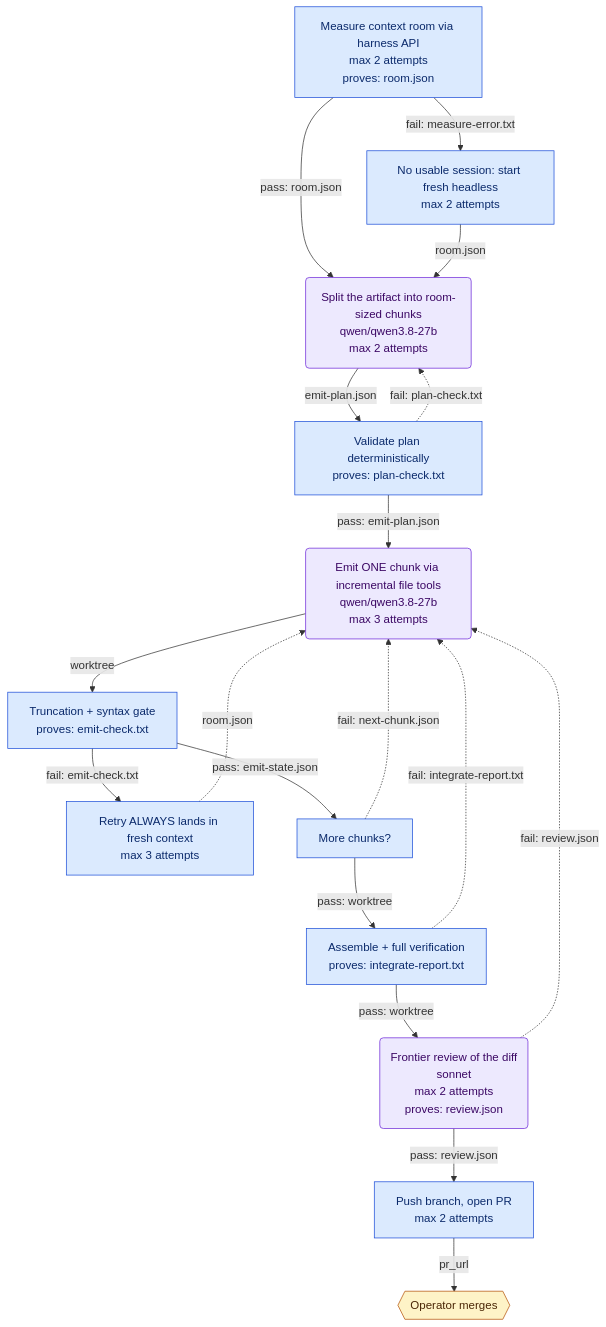
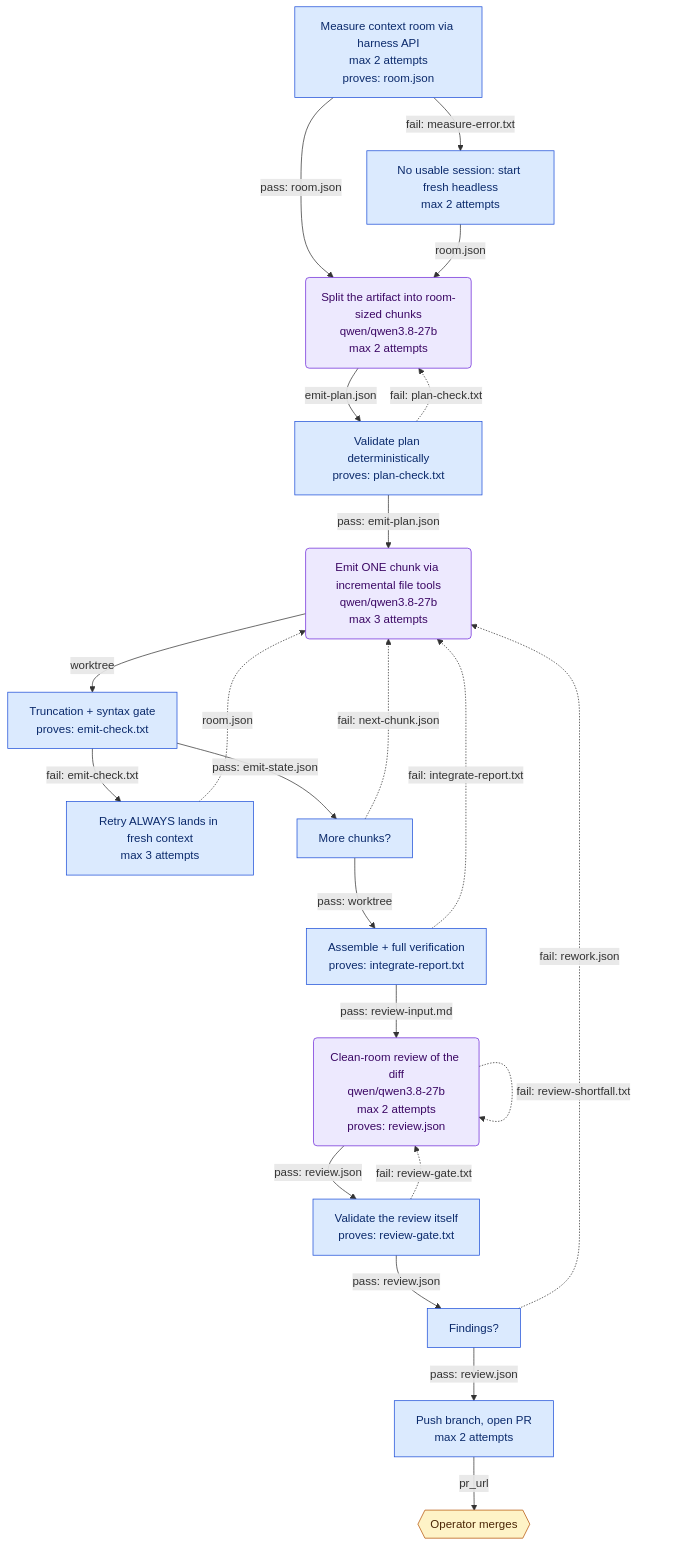
One commit to scottconverse/halo-stack changed the diagram in docs/design/budgeted-emit-pipeline.mermaid. Above: the diagram before and after it, drawn with Mermaid. The commit also changed 21 other files, not shown here.

```diff
--- a/docs/design/budgeted-emit-pipeline.mermaid
+++ b/docs/design/budgeted-emit-pipeline.mermaid
@@ -1,38 +1,44 @@
 flowchart TD
     measure_room["Measure context room via harness API<br/>max 2 attempts<br/>proves: room.json"]
     fresh_session_start["No usable session: start fresh headless<br/>max 2 attempts"]
     plan_chunks("Split the artifact into room-sized chunks<br/>qwen/qwen3.8-27b<br/>max 2 attempts")
     plan_check["Validate plan deterministically<br/>proves: plan-check.txt"]
     emit_chunk("Emit ONE chunk via incremental file tools<br/>qwen/qwen3.8-27b<br/>max 3 attempts")
     emit_check["Truncation + syntax gate<br/>proves: emit-check.txt"]
     refresh_context["Retry ALWAYS lands in fresh context<br/>max 3 attempts"]
     route_next["More chunks?"]
     integrate["Assemble + full verification<br/>proves: integrate-report.txt"]
-    review("Frontier review of the diff<br/>sonnet<br/>max 2 attempts<br/>proves: review.json")
+    review("Clean-room review of the diff<br/>qwen/qwen3.8-27b<br/>max 2 attempts<br/>proves: review.json")
+    review_gate["Validate the review itself<br/>proves: review-gate.txt"]
+    verdict_route["Findings?"]
     open_pr["Push branch, open PR<br/>max 2 attempts"]
     accept{{"Operator merges"}}
 
     measure_room -- "pass: room.json" --> plan_chunks
     measure_room -- "fail: measure-error.txt" --> fresh_session_start
     fresh_session_start -- "room.json" --> plan_chunks
     plan_chunks -- "emit-plan.json" --> plan_check
     plan_check -- "pass: emit-plan.json" --> emit_chunk
     plan_check -. "fail: plan-check.txt" .-> plan_chunks
     emit_chunk -- "worktree" --> emit_check
     emit_check -- "pass: emit-state.json" --> route_next
     emit_check -- "fail: emit-check.txt" --> refresh_context
     refresh_context -. "room.json" .-> emit_chunk
     route_next -- "pass: worktree" --> integrate
     route_next -. "fail: next-chunk.json" .-> emit_chunk
-    integrate -- "pass: worktree" --> review
+    integrate -- "pass: review-input.md" --> review
     integrate -. "fail: integrate-report.txt" .-> emit_chunk
-    review -- "pass: review.json" --> open_pr
-    review -. "fail: review.json" .-> emit_chunk
+    review -- "pass: review.json" --> review_gate
+    review -. "fail: review-shortfall.txt" .-> review
+    review_gate -- "pass: review.json" --> verdict_route
+    review_gate -. "fail: review-gate.txt" .-> review
+    verdict_route -- "pass: review.json" --> open_pr
+    verdict_route -. "fail: rework.json" .-> emit_chunk
     open_pr -- "pr_url" --> accept
 
     classDef code fill:#dbeafe,stroke:#1d4ed8,stroke-width:1px,color:#0b2a6b;
     classDef agent fill:#ede9fe,stroke:#6d28d9,stroke-width:1px,color:#3b0764;
     classDef human fill:#fef3c7,stroke:#b45309,stroke-width:1px,color:#4a2606;
-    class measure_room,fresh_session_start,plan_check,emit_check,refresh_context,route_next,integrate,open_pr code;
+    class measure_room,fresh_session_start,plan_check,emit_check,refresh_context,route_next,integrate,review_gate,verdict_route,open_pr code;
     class plan_chunks,emit_chunk,review agent;
     class accept human;
```
